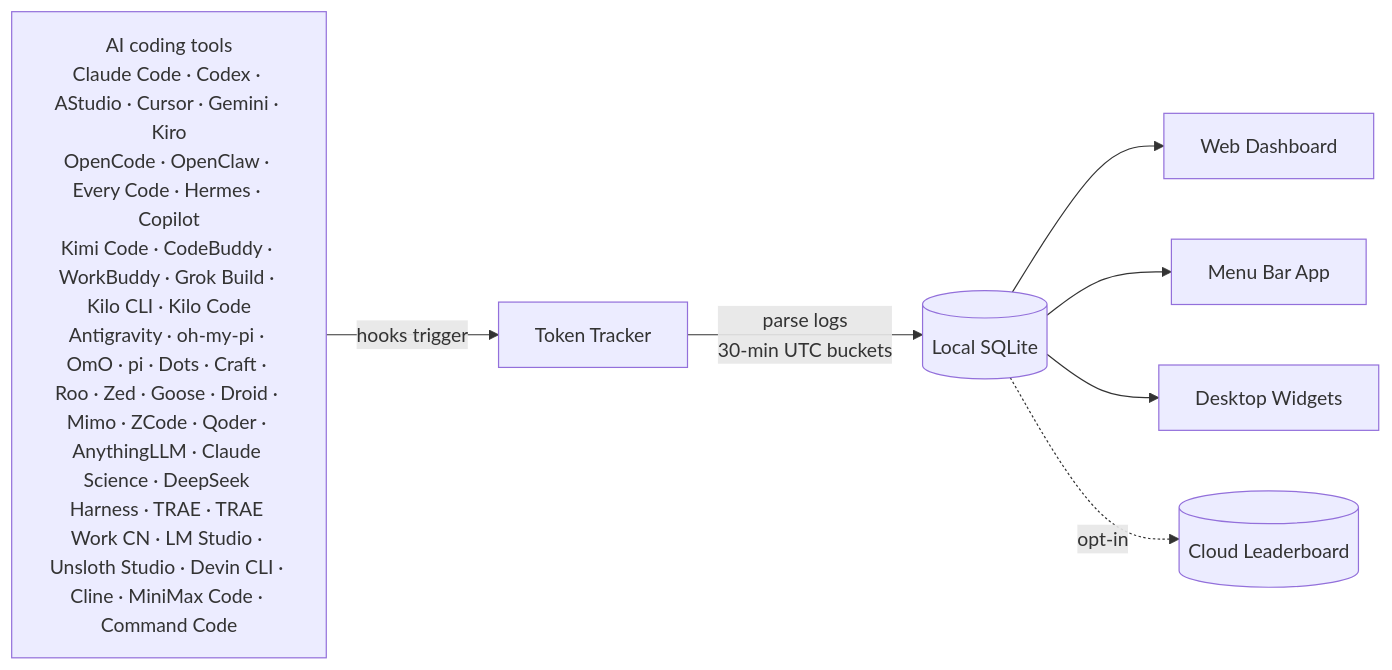
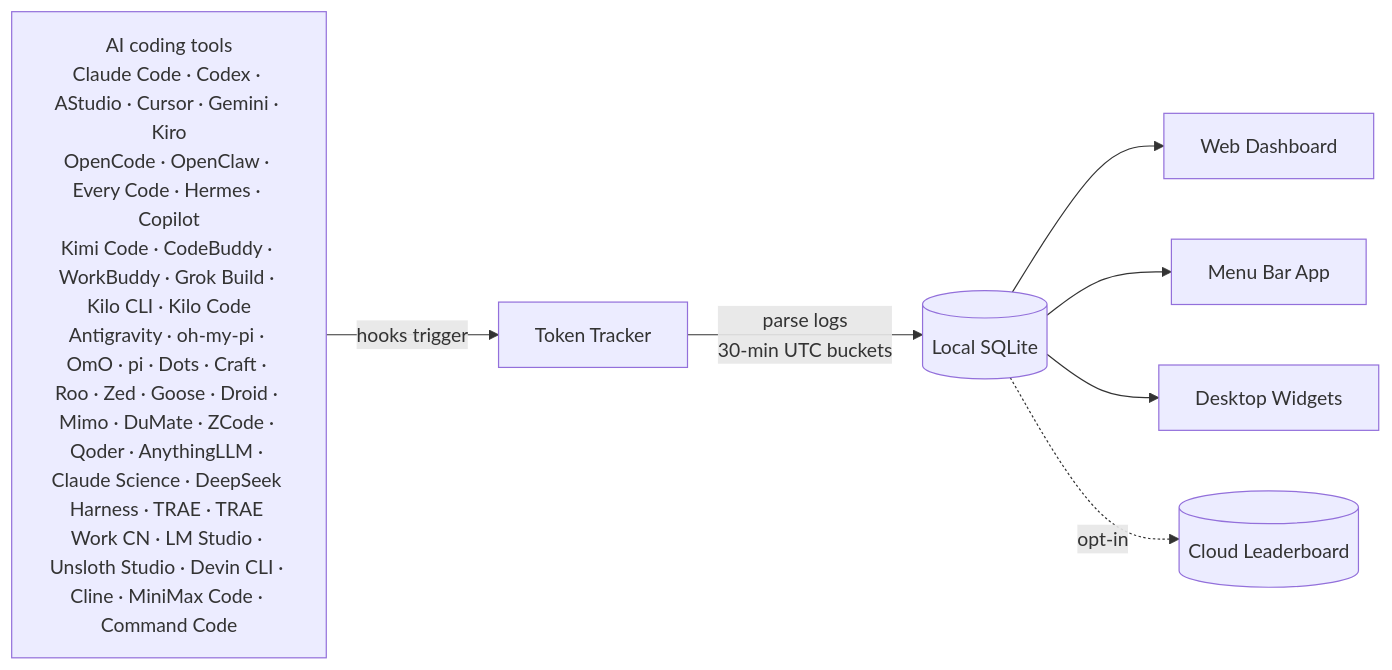
The diagram in README.md (01UNCLEDOG01/TokenTracker-Plus), drawn with Mermaid before and after one commit. The commit also changed other lines of this file and 110 other files, not shown here.

````diff
--- a/README.md
+++ b/README.md
@@ -321,10 +322,10 @@
 ```mermaid
 flowchart LR
-    A["AI coding tools<br/>Claude Code · Codex · AStudio · Cursor · Gemini · Kiro<br/>OpenCode · OpenClaw · Every Code · Hermes · Copilot<br/>Kimi Code · CodeBuddy · WorkBuddy · Grok Build · Kilo CLI · Kilo Code<br/>Antigravity · oh-my-pi · OmO · pi · Dots · Craft · Roo · Zed · Goose · Droid · Mimo · ZCode · Qoder · AnythingLLM · Claude Science · DeepSeek Harness · TRAE · TRAE Work CN · LM Studio · Unsloth Studio · Devin CLI · Cline · MiniMax Code · Command Code"]
+    A["AI coding tools<br/>Claude Code · Codex · AStudio · Cursor · Gemini · Kiro<br/>OpenCode · OpenClaw · Every Code · Hermes · Copilot<br/>Kimi Code · CodeBuddy · WorkBuddy · Grok Build · Kilo CLI · Kilo Code<br/>Antigravity · oh-my-pi · OmO · pi · Dots · Craft · Roo · Zed · Goose · Droid · Mimo · DuMate · ZCode · Qoder · AnythingLLM · Claude Science · DeepSeek Harness · TRAE · TRAE Work CN · LM Studio · Unsloth Studio · Devin CLI · Cline · MiniMax Code · Command Code"]
     A -->|hooks trigger| B[Token Tracker]
     B -->|parse logs<br/>30-min UTC buckets| C[(Local SQLite)]
     C --> D[Web Dashboard]
     C --> E[Menu Bar App]
     C --> F[Desktop Widgets]
     C -.->|opt-in| G[(Cloud Leaderboard)]
 ```
````
